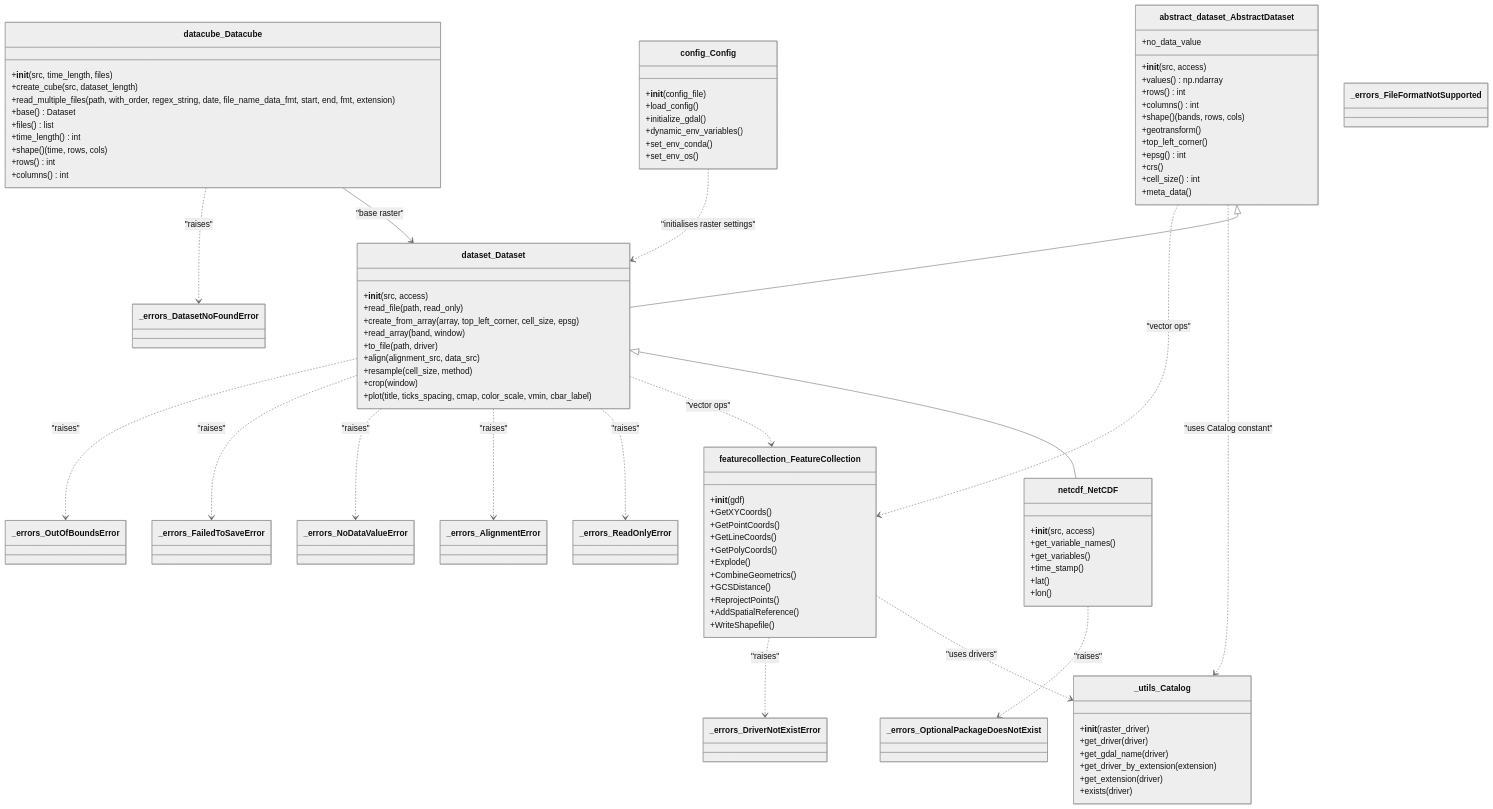
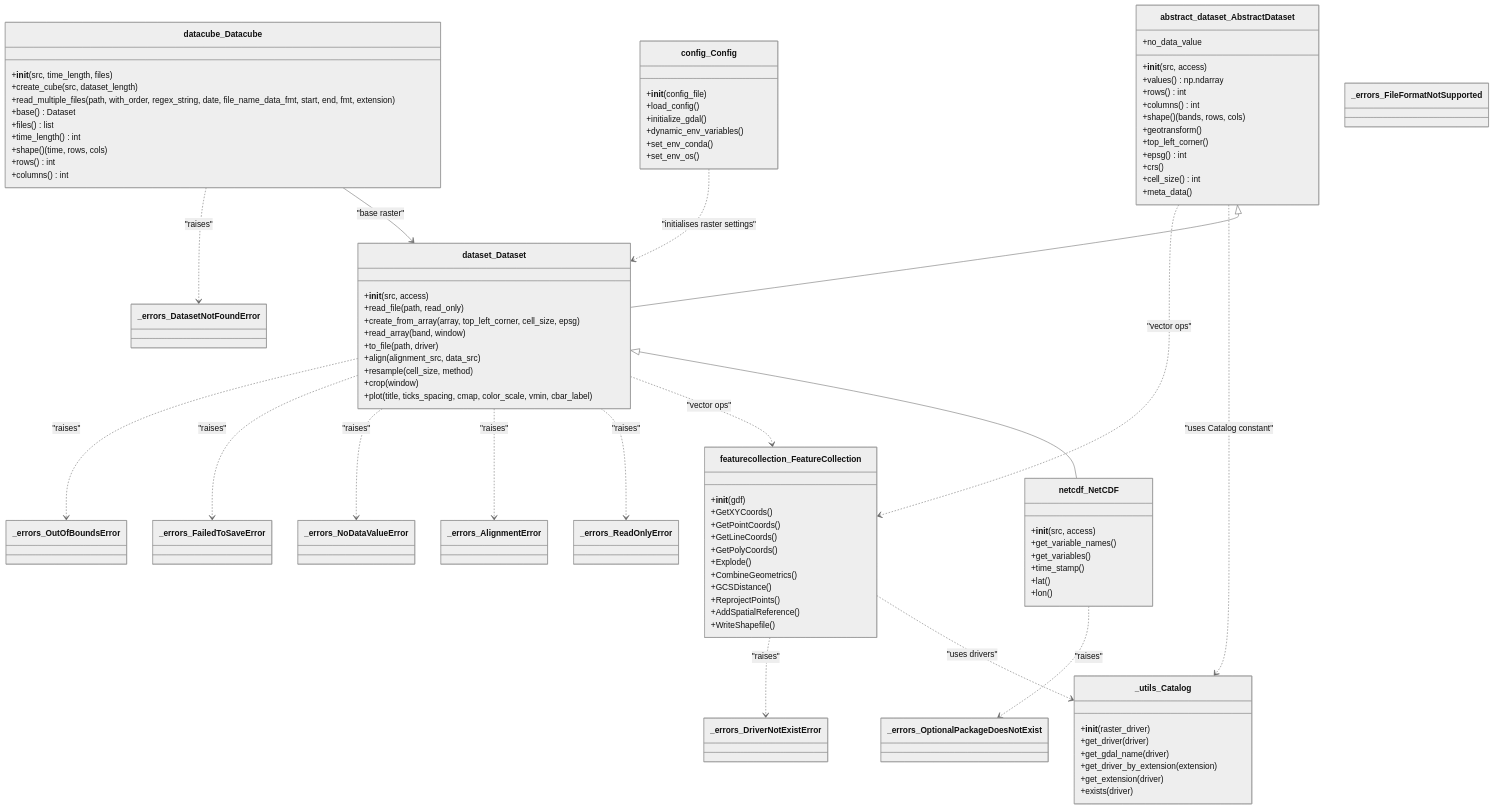
Diagram 12 of 13 in docs/architecture/diagrams.md (Serapieum-of-alex/pyramids), drawn with Mermaid (neutral theme) before and after one commit. The commit also changed other lines of this file and 5 other files, not shown here.

Commit message:
fix(errors): correct DatasetNoFoundError to DatasetNotFoundError in tests

```diff
--- a/docs/architecture/diagrams.md
+++ b/docs/architecture/diagrams.md
@@ -240,7 +240,7 @@
 
     %% error classes
     class _errors_ReadOnlyError
-    class _errors_DatasetNoFoundError
+    class _errors_DatasetNotFoundError
     class _errors_NoDataValueError
     class _errors_AlignmentError
     class _errors_DriverNotExistError
@@ -264,7 +264,7 @@
     dataset_Dataset ..> _errors_NoDataValueError : "raises"
     dataset_Dataset ..> _errors_FailedToSaveError : "raises"
     dataset_Dataset ..> _errors_OutOfBoundsError : "raises"
-    datacube_Datacube ..> _errors_DatasetNoFoundError : "raises"
+    datacube_Datacube ..> _errors_DatasetNotFoundError : "raises"
     featurecollection_FeatureCollection ..> _errors_DriverNotExistError : "raises"
     netcdf_NetCDF ..> _errors_OptionalPackageDoesNotExist : "raises"
     config_Config ..> dataset_Dataset : "initialises raster settings"
```
